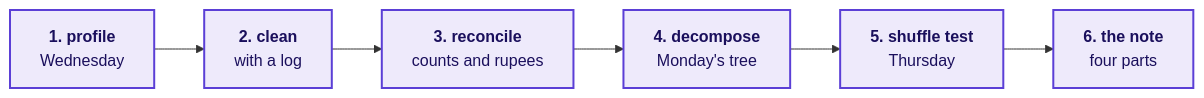
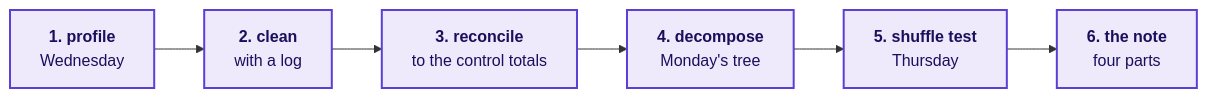
Before and after one commit to fde-academy-lab/c2-content-factory: the second of 4 diagrams in content/W01/D5/slides/C2_W01_D05_lab_STUDENT.md, drawn with Mermaid. The commit also changed other lines of this file and 5 other files, not shown here.

````diff
--- a/content/W01/D5/slides/C2_W01_D05_lab_STUDENT.md
+++ b/content/W01/D5/slides/C2_W01_D05_lab_STUDENT.md
@@ -56,10 +91,10 @@
 ```mermaid
 flowchart LR
     P["<b>1. profile</b><br/>Wednesday"] --> C["<b>2. clean</b><br/>with a log"]
-    C --> R["<b>3. reconcile</b><br/>counts and rupees"]
+    C --> R["<b>3. reconcile</b><br/>to the control totals"]
     R --> D["<b>4. decompose</b><br/>Monday's tree"]
     D --> T["<b>5. shuffle test</b><br/>Thursday"]
     T --> N["<b>6. the note</b><br/>four parts"]
     classDef known fill:#EEEAFB,stroke:#5B3FD6,color:#1A0F5C,stroke-width:2px
     class P,C,R,D,T,N known
 ```
````
